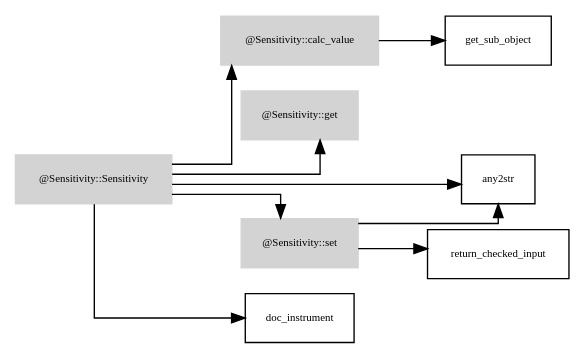
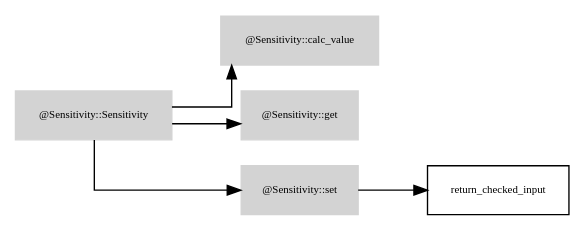
Before and after one commit to octarisk/documentation: the diagram in graphviz_files/Sensitivity.dot, drawn with Graphviz. The commit also changed 50 other files, not shown here.

Commit message:
* introduction of graphviz files for all classes and class function dependencies

```diff
--- a/graphviz_files/Sensitivity.dot
+++ b/graphviz_files/Sensitivity.dot
@@ -1,28 +1,24 @@
 digraph G {
 	fontname = "Bitstream Vera Sans"
 	fontsize = 8
 	node [
 		fontname = "Bitstream Vera Sans"
 		fontsize = 8
 		shape = "record"
 	]
 	edge [
 		fontname = "Bitstream Vera Sans"
 		fontsize = 8
 	]
 	graph [splines=ortho];
 	rankdir=LR;
 	subgraph class_Sensitivity {
 		style=filled;
 		node [style=filled,color=lightgrey];
 		"@Sensitivity::Sensitivity" -> "@Sensitivity::calc_value"
 		"@Sensitivity::Sensitivity" -> "@Sensitivity::get"
 		"@Sensitivity::Sensitivity" -> "@Sensitivity::set"
 		label = "@Sensitivity";
 	}
-"@Sensitivity::Sensitivity" 	 -> 	 "any2str"
-"@Sensitivity::Sensitivity" 	 -> 	 "doc_instrument"
-"@Sensitivity::calc_value" 	 -> 	 "get_sub_object"
-"@Sensitivity::set" 	 -> 	 "any2str"
 "@Sensitivity::set" 	 -> 	 "return_checked_input"
 }
```
